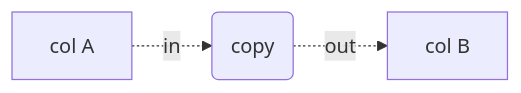
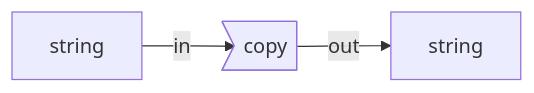
Before and after one commit to Heinzad/heinzad.github.io: the first of 2 diagrams in _posts/2022-11-02-column-transformations-with-t-sql.md, drawn with Mermaid. The commit also changed other lines of this file, not shown here.

````diff
--- a/_posts/2022-11-02-column-transformations-with-t-sql.md
+++ b/_posts/2022-11-02-column-transformations-with-t-sql.md
@@ -11,5 +44,5 @@
 ```mermaid 
 graph LR; 
-A[col A]-.->|in| T(copy); 
-T-.->|out| B[col B];
+A[string]--in-->T>copy]; 
+T-- out -->B[string];
 ``` 
````
